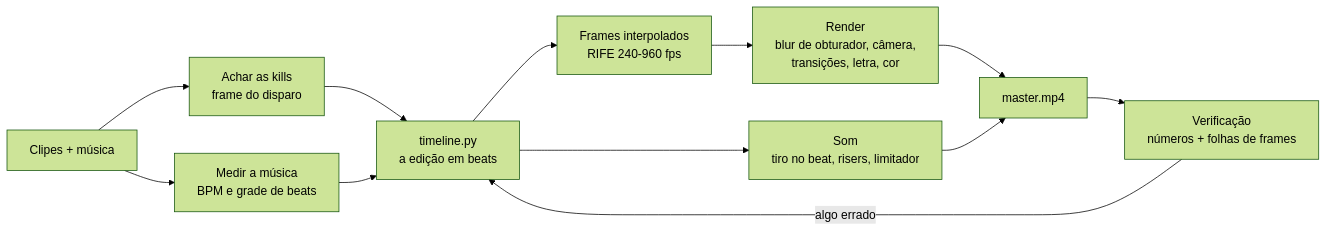
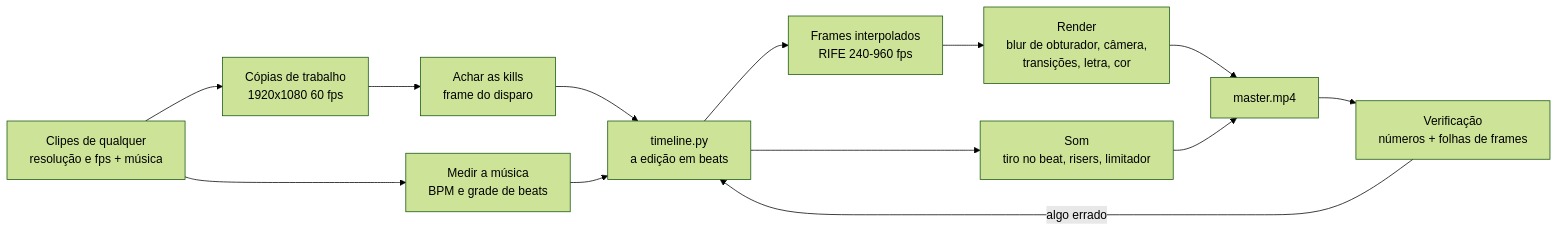
Before and after one commit to dlr-1337/editing-gameplay-montages: the diagram in README.md, drawn with Mermaid (forest theme). The commit also changed other lines of this file and 21 other files, not shown here.

Commit message:
Qualquer jogo e qualquer resolução/fps: ingest.py, kills_auto.py com perfis, transições no grave, briefing inicial, docs revisadas

````diff
--- a/README.md
+++ b/README.md
@@ -67,14 +68,15 @@
 ```mermaid
 flowchart LR
-  A[Clipes + música] --> B[Achar as kills<br/>frame do disparo]
+  A[Clipes de qualquer<br/>resolução e fps + música] --> N[Cópias de trabalho<br/>1920x1080 60 fps]
+  N --> B[Achar as kills<br/>frame do disparo]
   A --> C[Medir a música<br/>BPM e grade de beats]
   B --> D[timeline.py<br/>a edição em beats]
   C --> D
   D --> E[Frames interpolados<br/>RIFE 240-960 fps]
   E --> F[Render<br/>blur de obturador, câmera,<br/>transições, letra, cor]
   D --> G[Som<br/>tiro no beat, risers, limitador]
   F --> H[master.mp4]
   G --> H
   H --> I[Verificação<br/>números + folhas de frames]
   I -->|algo errado| D
 ```
````
